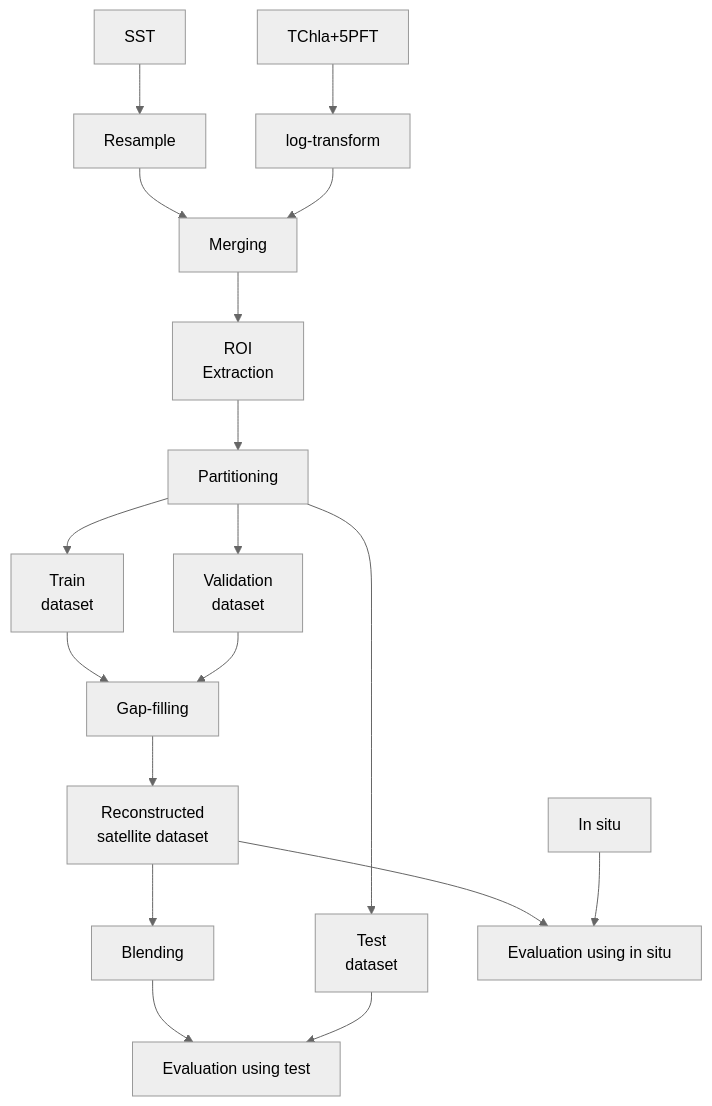
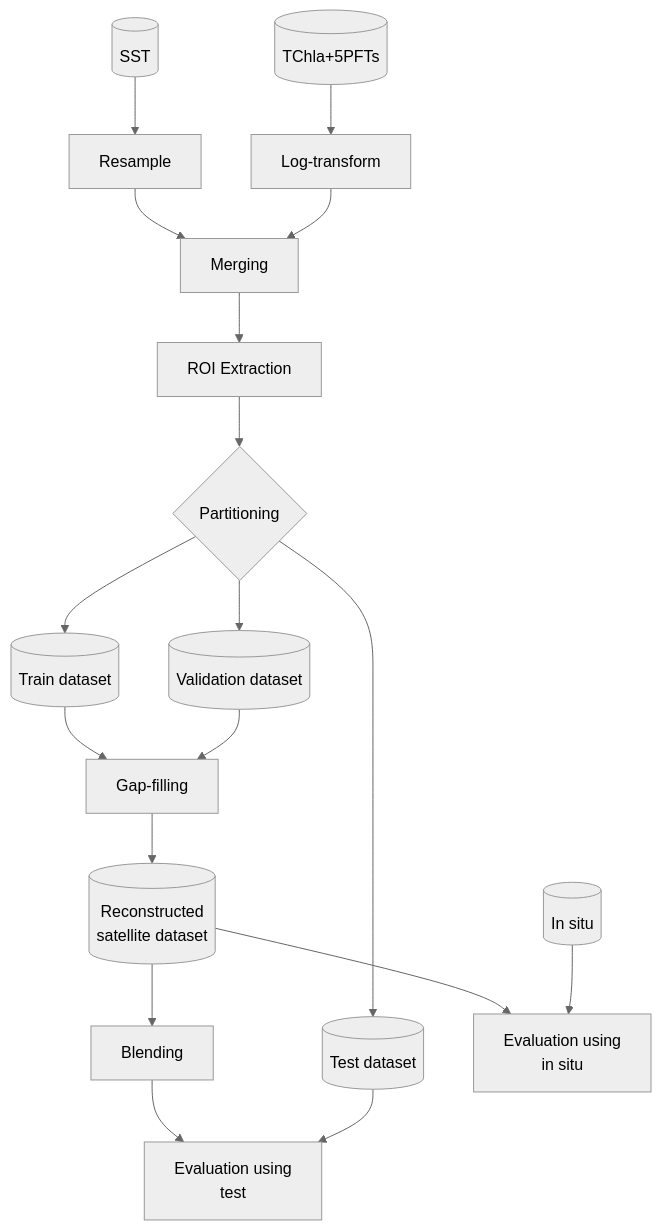
The diagram in README.md (EhsanMehdipour/PFT_gapfilling), drawn with Mermaid (neutral theme) before and after one commit.

Commit message:
update mermaid

````diff
--- a/README.md
+++ b/README.md
@@ -65,32 +65,33 @@
 ```mermaid
 flowchart TD
-    A1[SST]
-    A2[TChla+5PFT]
-    A3[In situ]
+    A1@{ shape: cyl, label: "SST" }
+    %% A1[SST]
+    A2@{ shape: cyl, label: "TChla+5PFTs" }
+    %% A2[TChla+5PFT]
+    A3@{ shape: cyl, label: "In situ" }
+    %% A3[In situ]
 
     A1-->D[Resample]
-    A2-->E[log-transform]
+    A2-->E[Log-transform]
     D-->F[Merging]
     E-->F
-    F-->G[ROI 
-    Extraction]
-    G-->H[Partitioning]
+    F-->G[ROI Extraction]
+    G-->H{Partitioning}
 
-    H-->I1[Train 
-    dataset]
-    H-->I2[Validation 
-    dataset]
-    H-->I3[Test 
-    dataset]
+    H-->I1@{ shape: cyl, label: "Train dataset"}
+    H-->I2@{ shape: cyl, label: "Validation dataset"}
+    H-->I3@{ shape: cyl, label: "Test dataset"}
 
     I1-->J[Gap-filling]
     I2-->J
 
-    J-->K[Reconstructed 
-    satellite dataset]
+    J-->K@{ shape: cyl, label: "Reconstructed 
+    satellite dataset"}
     K-->L[Blending]
-    L-->N[Evaluation using test]
+    L-->N[Evaluation using 
+    test]
     K-->M
-    A3-->M[Evaluation using in situ]
+    A3-->M[Evaluation using 
+    in situ]
     I3-->N
 ```
````
